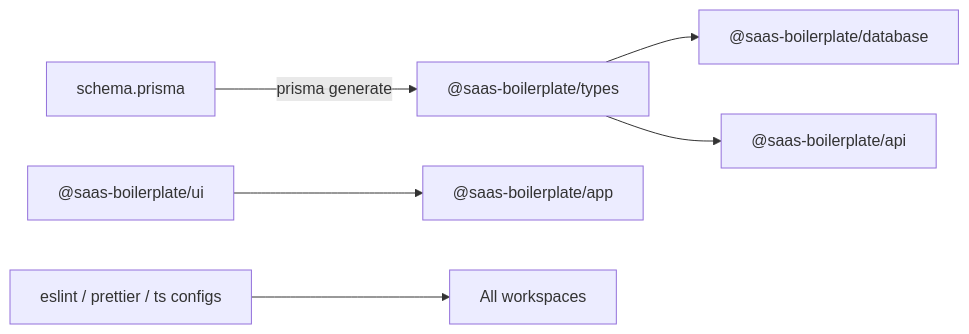
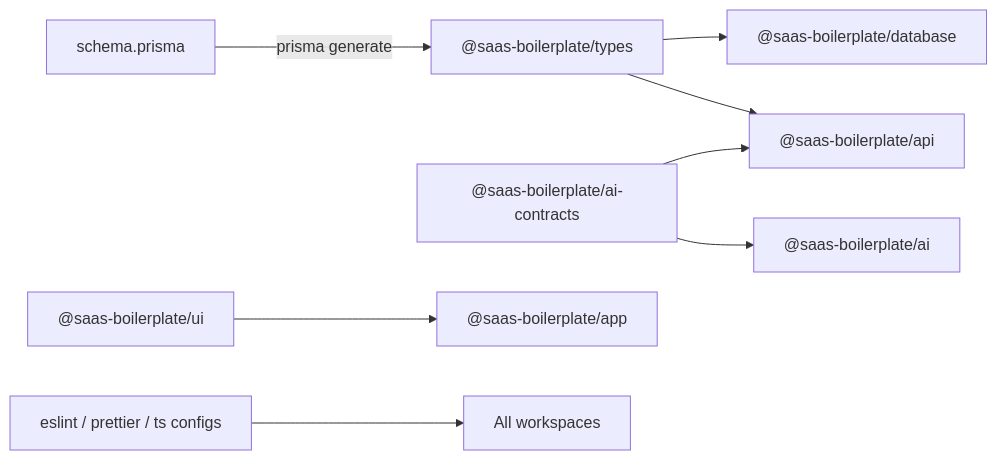
One commit to Khalil-Bchir/full-stack-saas-boilerplate changed the second of 5 diagrams in doc/architecture/overview.md. Above: the diagram before and after it, drawn with Mermaid. The commit also changed other lines of this file and 91 other files, not shown here.

````diff
--- a/doc/architecture/overview.md
+++ b/doc/architecture/overview.md
@@ -42,8 +53,10 @@
 ```mermaid
 flowchart LR
     Schema[schema.prisma] -->|prisma generate| Types["@saas-boilerplate/types"]
     Types --> Database["@saas-boilerplate/database"]
     Types --> API["@saas-boilerplate/api"]
+    Contracts["@saas-boilerplate/ai-contracts"] --> API
+    Contracts --> AI["@saas-boilerplate/ai"]
     UI["@saas-boilerplate/ui"] --> App["@saas-boilerplate/app"]
     Config["eslint / prettier / ts configs"] --> All[All workspaces]
 ```
````
